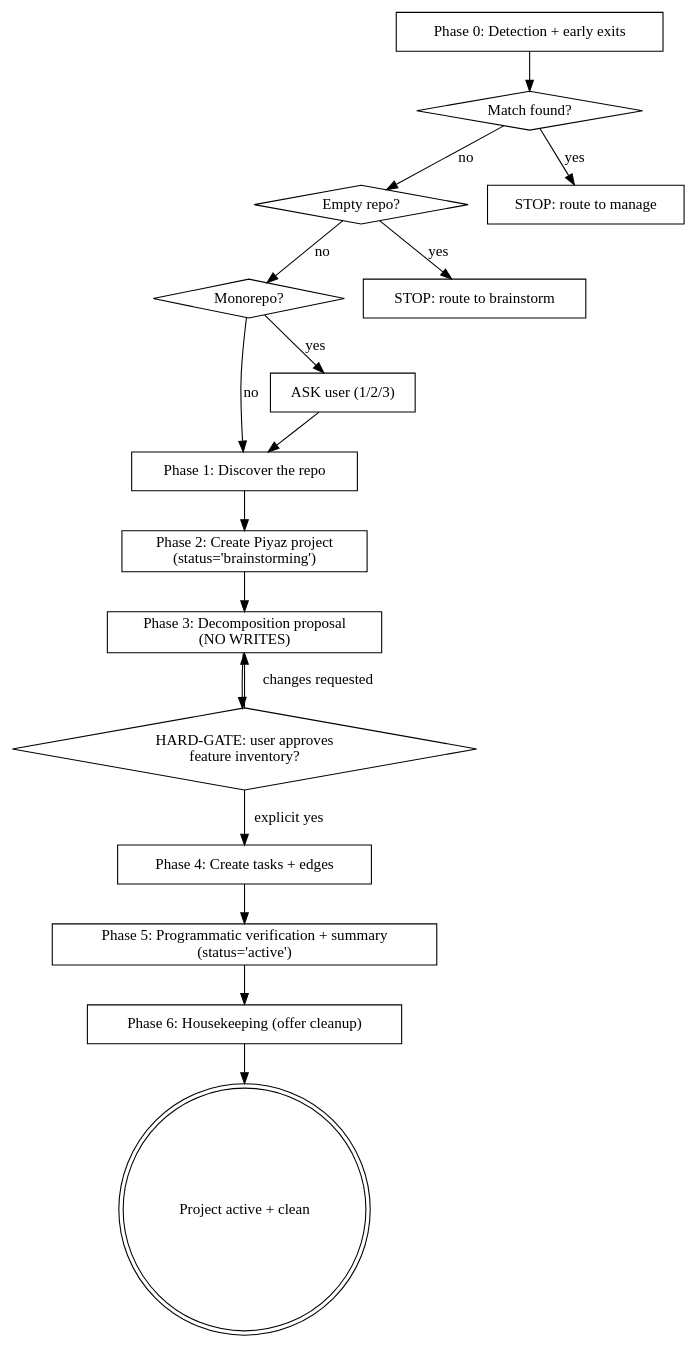
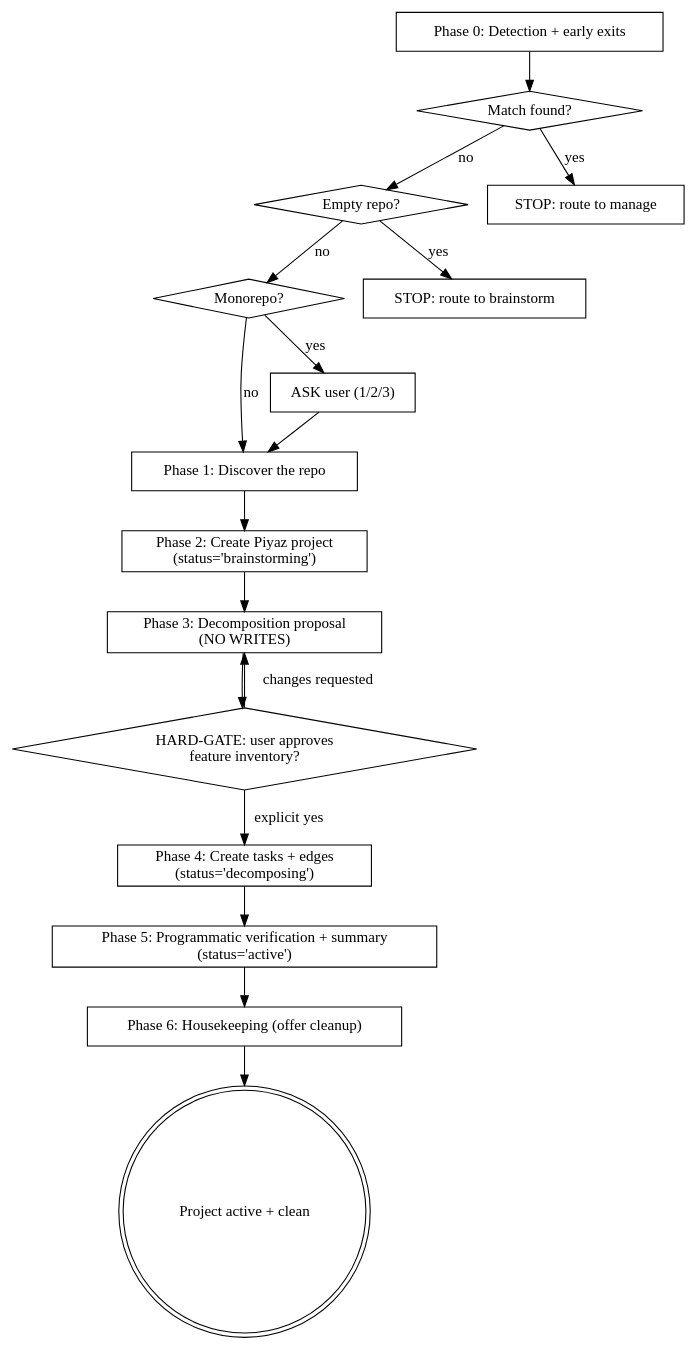
Before and after one commit to FrkAk/piyaz: the diagram in plugins/antigravity/skills/onboarding/SKILL.md, drawn with Graphviz. The commit also changed other lines of this file and 157 other files, not shown here.

````diff
--- a/plugins/antigravity/skills/onboarding/SKILL.md
+++ b/plugins/antigravity/skills/onboarding/SKILL.md
@@ -46,36 +46,36 @@
 ```dot
 digraph onboarding {
     "Phase 0: Detection + early exits" [shape=box];
     "Match found?" [shape=diamond];
     "Empty repo?" [shape=diamond];
     "Monorepo?" [shape=diamond];
     "Phase 1: Discover the repo" [shape=box];
     "Phase 2: Create Piyaz project\n(status='brainstorming')" [shape=box];
     "Phase 3: Decomposition proposal\n(NO WRITES)" [shape=box];
     "HARD-GATE: user approves\nfeature inventory?" [shape=diamond];
-    "Phase 4: Create tasks + edges" [shape=box];
+    "Phase 4: Create tasks + edges\n(status='decomposing')" [shape=box];
     "Phase 5: Programmatic verification + summary\n(status='active')" [shape=box];
     "Phase 6: Housekeeping (offer cleanup)" [shape=box];
     "Project active + clean" [shape=doublecircle];
     "STOP: route to manage" [shape=box];
     "STOP: route to brainstorm" [shape=box];
     "ASK user (1/2/3)" [shape=box];
 
     "Phase 0: Detection + early exits" -> "Match found?";
     "Match found?" -> "STOP: route to manage" [label="yes"];
     "Match found?" -> "Empty repo?" [label="no"];
     "Empty repo?" -> "STOP: route to brainstorm" [label="yes"];
     "Empty repo?" -> "Monorepo?" [label="no"];
     "Monorepo?" -> "ASK user (1/2/3)" [label="yes"];
     "ASK user (1/2/3)" -> "Phase 1: Discover the repo";
     "Monorepo?" -> "Phase 1: Discover the repo" [label="no"];
     "Phase 1: Discover the repo" -> "Phase 2: Create Piyaz project\n(status='brainstorming')";
     "Phase 2: Create Piyaz project\n(status='brainstorming')" -> "Phase 3: Decomposition proposal\n(NO WRITES)";
     "Phase 3: Decomposition proposal\n(NO WRITES)" -> "HARD-GATE: user approves\nfeature inventory?";
     "HARD-GATE: user approves\nfeature inventory?" -> "Phase 3: Decomposition proposal\n(NO WRITES)" [label="changes requested"];
-    "HARD-GATE: user approves\nfeature inventory?" -> "Phase 4: Create tasks + edges" [label="explicit yes"];
-    "Phase 4: Create tasks + edges" -> "Phase 5: Programmatic verification + summary\n(status='active')";
+    "HARD-GATE: user approves\nfeature inventory?" -> "Phase 4: Create tasks + edges\n(status='decomposing')" [label="explicit yes"];
+    "Phase 4: Create tasks + edges\n(status='decomposing')" -> "Phase 5: Programmatic verification + summary\n(status='active')";
     "Phase 5: Programmatic verification + summary\n(status='active')" -> "Phase 6: Housekeeping (offer cleanup)";
     "Phase 6: Housekeeping (offer cleanup)" -> "Project active + clean";
 }
 ```
````
